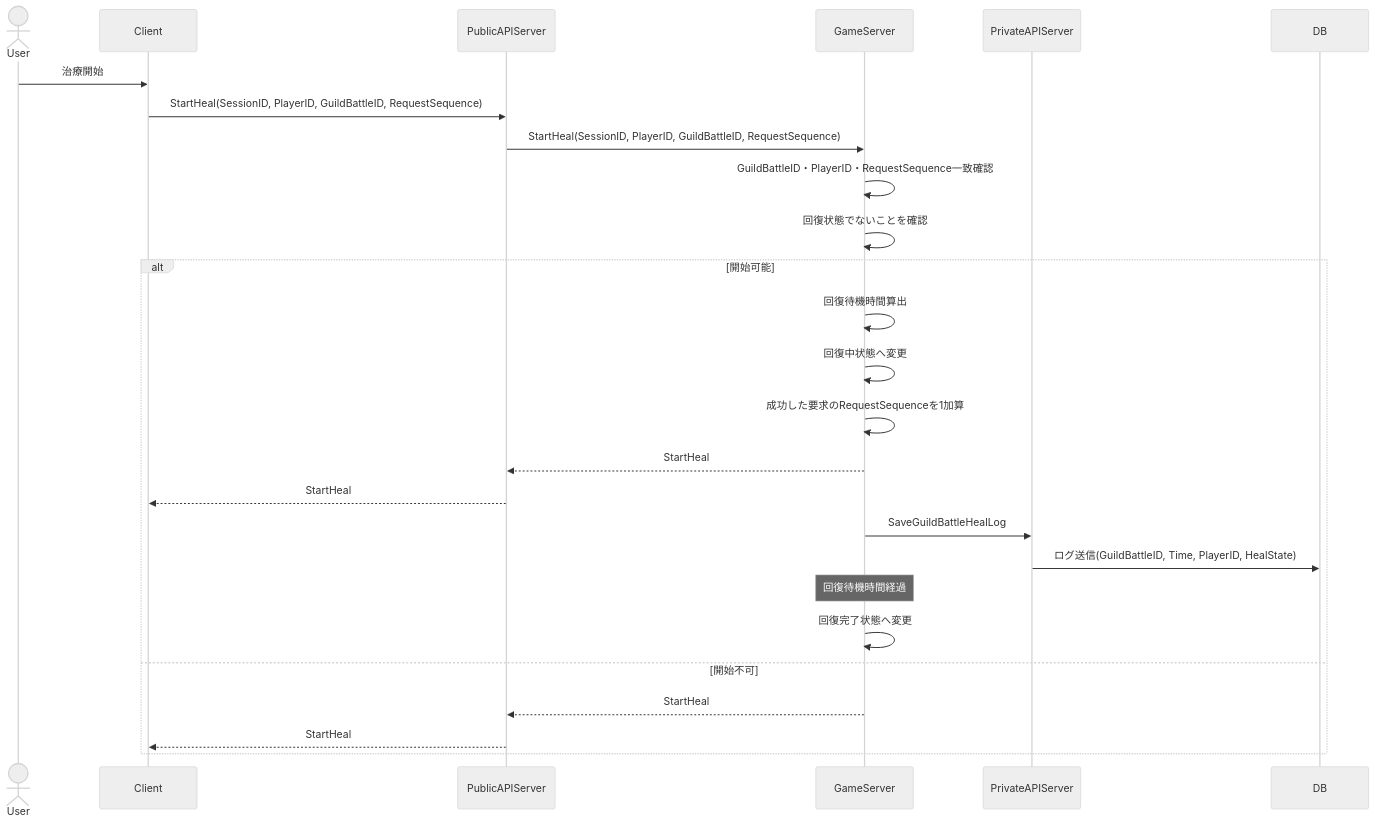
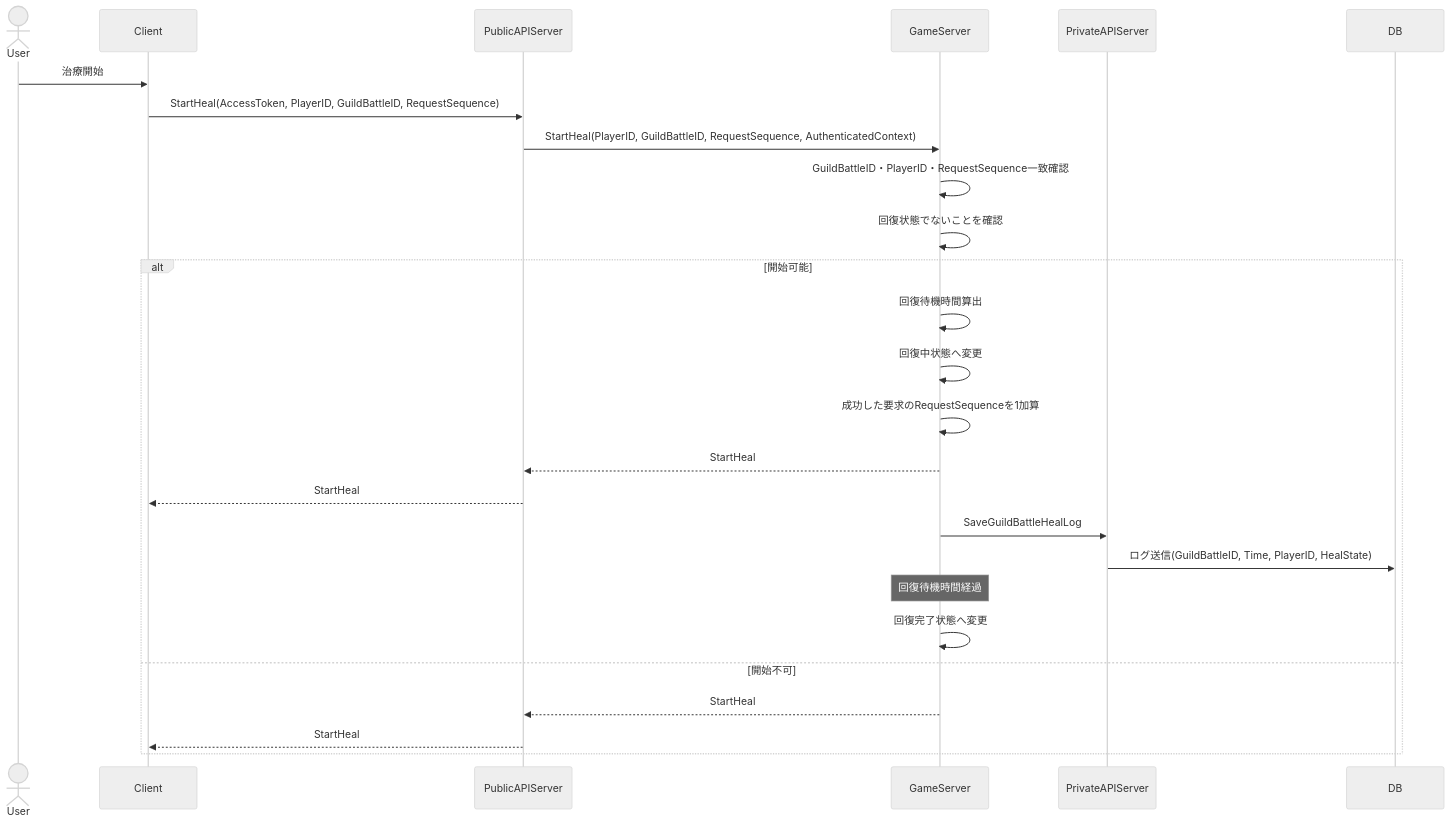
Before and after one commit to ReHydrangeaOdyssey/Specifications: the tenth of 16 diagrams in design/guild_battle.md, drawn with Mermaid (neutral theme). The commit also changed other lines of this file and 18 other files, not shown here.

````diff
--- a/design/guild_battle.md
+++ b/design/guild_battle.md
@@ -406,34 +422,34 @@
 ```mermaid
 sequenceDiagram
     actor User
     participant Client
     participant PublicAPIServer
     participant GameServer
     participant PrivateAPIServer
     participant DB
 
     User->>Client: 治療開始
-    Client->>PublicAPIServer: StartHeal(SessionID, PlayerID, GuildBattleID, RequestSequence)
-    PublicAPIServer->>GameServer: StartHeal(SessionID, PlayerID, GuildBattleID, RequestSequence)
+    Client->>PublicAPIServer: StartHeal(AccessToken, PlayerID, GuildBattleID, RequestSequence)
+    PublicAPIServer->>GameServer: StartHeal(PlayerID, GuildBattleID, RequestSequence, AuthenticatedContext)
 
     GameServer->>GameServer: GuildBattleID・PlayerID・RequestSequence一致確認
     GameServer->>GameServer: 回復状態でないことを確認
 
     alt 開始可能
         GameServer->>GameServer: 回復待機時間算出
         GameServer->>GameServer: 回復中状態へ変更
         GameServer->>GameServer: 成功した要求のRequestSequenceを1加算
         GameServer-->>PublicAPIServer: StartHeal
         PublicAPIServer-->>Client: StartHeal
 
         GameServer ->> PrivateAPIServer: SaveGuildBattleHealLog
         PrivateAPIServer ->> DB: ログ送信(GuildBattleID, Time, PlayerID, HealState)
 
         Note over GameServer: 回復待機時間経過
 
         GameServer->>GameServer: 回復完了状態へ変更
     else 開始不可
         GameServer-->>PublicAPIServer: StartHeal
         PublicAPIServer-->>Client: StartHeal
     end
 ```
````
